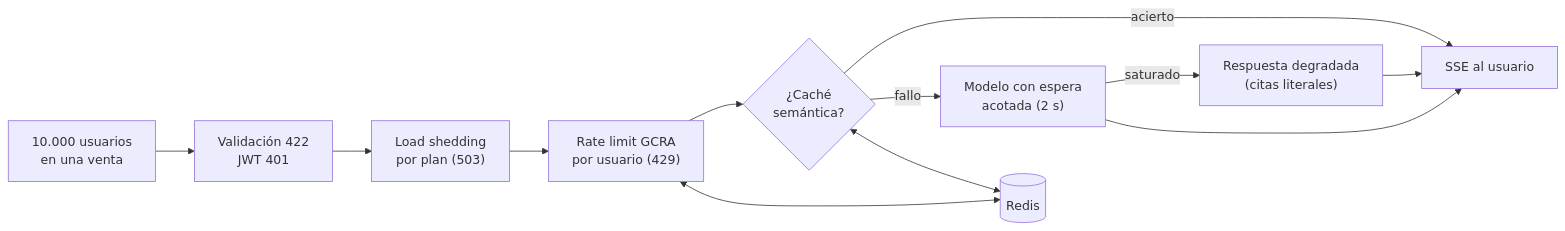
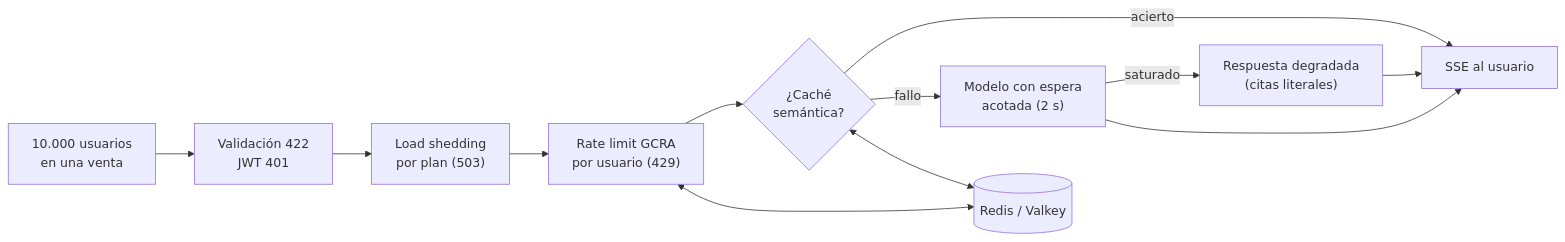
One commit to SergioVelmay/GenAI_PoCs changed the ninth of 13 diagrams in docs/arquitectura.md. Above: the diagram before and after it, drawn with Mermaid. The commit also changed other lines of this file and 7 other files, not shown here.

````diff
--- a/docs/arquitectura.md
+++ b/docs/arquitectura.md
@@ -238,12 +246,12 @@
 ```mermaid
 flowchart LR
   U["10.000 usuarios<br/>en una venta"] --> V["Validación 422<br/>JWT 401"]
   V --> SH["Load shedding<br/>por plan (503)"]
   SH --> RL["Rate limit GCRA<br/>por usuario (429)"]
   RL --> C{"¿Caché<br/>semántica?"}
   C -->|"acierto"| SSE["SSE al usuario"]
   C -->|"fallo"| M["Modelo con espera<br/>acotada (2 s)"]
   M -->|"saturado"| DEG["Respuesta degradada<br/>(citas literales)"] --> SSE
   M --> SSE
-  RL & C <--> R[("Redis")]
+  RL & C <--> R[("Redis / Valkey")]
 ```
````
